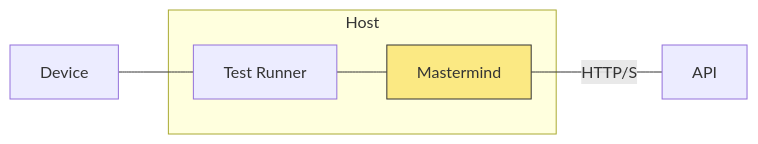
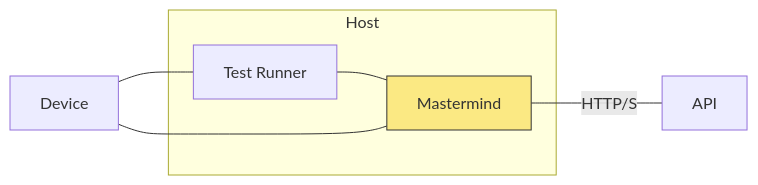
One commit to ustwo/mastermind changed the diagram in docs/schematics/architecture.mmd. Above: the diagram before and after it, drawn with Mermaid. The commit also changed 1 other file, not shown here.

Commit message:
Fix architecture schematics

```diff
--- a/docs/schematics/architecture.mmd
+++ b/docs/schematics/architecture.mmd
@@ -1,10 +1,11 @@
 %% Mastermind architecture
 graph LR
   testrunner[Test Runner]
   subgraph Host
     testrunner --- Mastermind
   end
   %%style API fill:#f9f,stroke:#333,stroke-width:4px;
   style Mastermind fill:#fbe983,stroke:#333;
   Mastermind -- HTTP/S --- API
   Device --- testrunner
+  Device --- Mastermind
```
